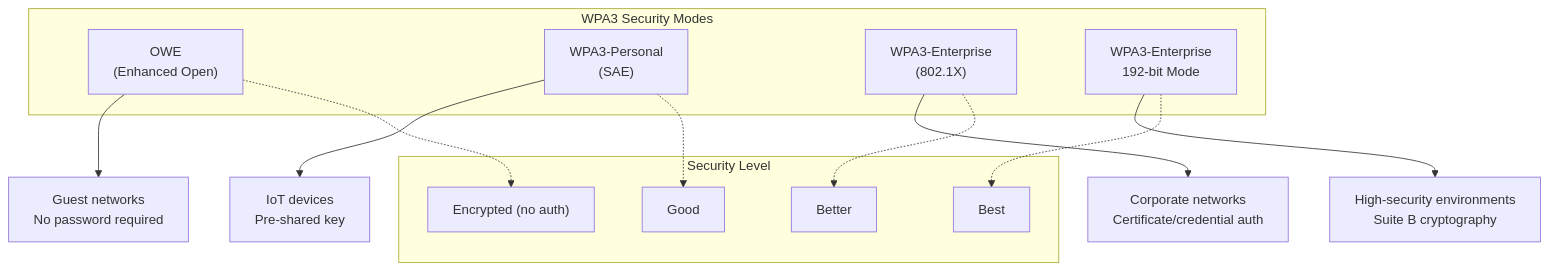
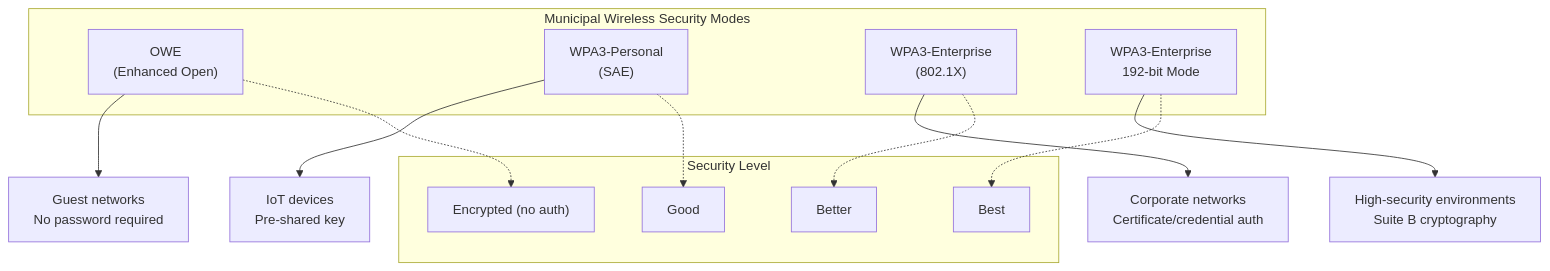
One commit to NewOrleansITI/networkstandards changed the first of 9 diagrams in docs/security/wpa3-enterprise.md. Above: the diagram before and after it, drawn with Mermaid. The commit also changed other lines of this file and 19 other files, not shown here.

````diff
--- a/docs/security/wpa3-enterprise.md
+++ b/docs/security/wpa3-enterprise.md
@@ -35,26 +35,26 @@
 ```mermaid
 graph TB
-    subgraph WPA3["WPA3 Security Modes"]
+    subgraph MUNICIPAL_SECURITY["Municipal Wireless Security Modes"]
         OWE["OWE<br/>(Enhanced Open)"]
         PERSONAL["WPA3-Personal<br/>(SAE)"]
         ENTERPRISE["WPA3-Enterprise<br/>(802.1X)"]
         ENTERPRISE_192["WPA3-Enterprise<br/>192-bit Mode"]
     end
 
     OWE --> OWE_USE["Guest networks<br/>No password required"]
     PERSONAL --> P_USE["IoT devices<br/>Pre-shared key"]
     ENTERPRISE --> E_USE["Corporate networks<br/>Certificate/credential auth"]
     ENTERPRISE_192 --> E192_USE["High-security environments<br/>Suite B cryptography"]
 
     subgraph SECURITY_LEVEL["Security Level"]
         S0["Encrypted (no auth)"]
         S1["Good"]
         S2["Better"]
         S3["Best"]
     end
 
     OWE -.-> S0
     PERSONAL -.-> S1
     ENTERPRISE -.-> S2
     ENTERPRISE_192 -.-> S3
 ```
````
